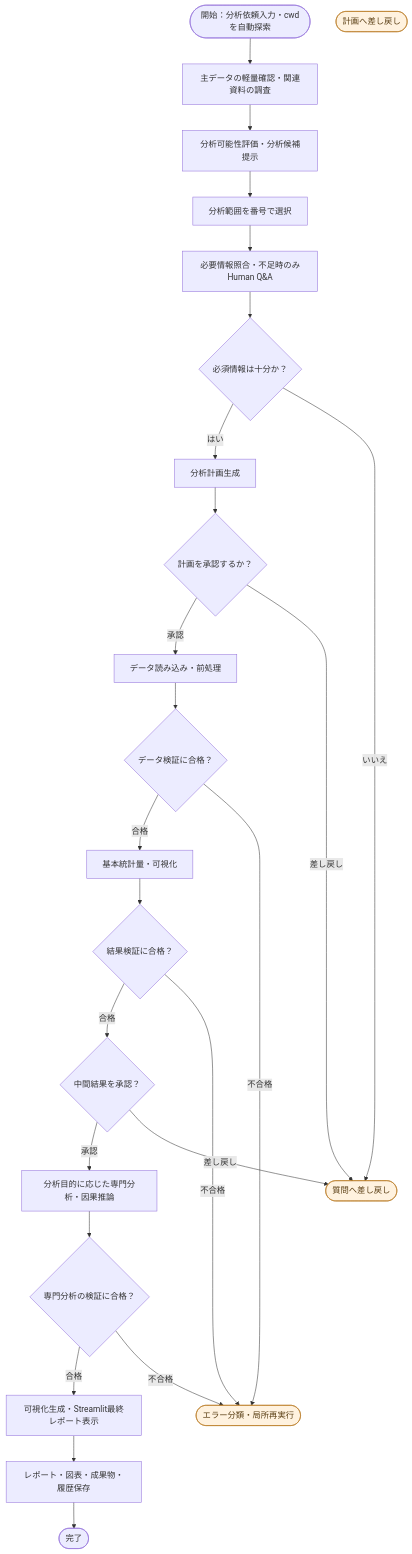
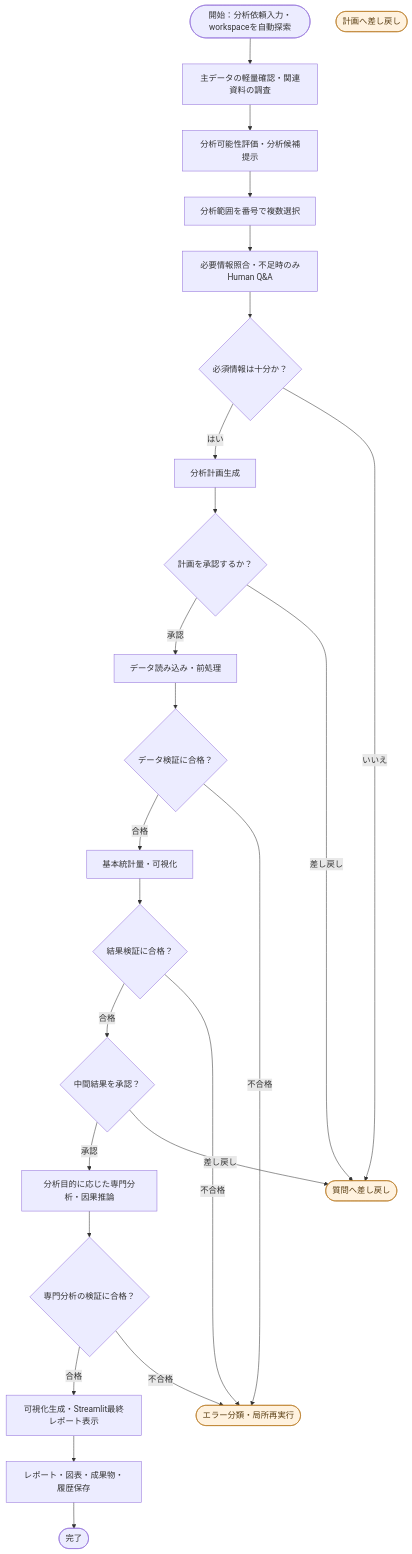
One commit to Tsuyo314/Adaptive_data_analysis_agent changed the first of 2 diagrams in REQUIREMENTS.md. Above: the diagram before and after it, drawn with Mermaid. The commit also changed other lines of this file and 28 other files, not shown here.

````diff
--- a/REQUIREMENTS.md
+++ b/REQUIREMENTS.md
@@ -68,46 +68,46 @@
 ```mermaid
 flowchart TB
-    A([開始：分析依頼入力・cwdを自動探索])
+    A([開始：分析依頼入力・workspaceを自動探索])
     B[主データの軽量確認・関連資料の調査]
     B1[分析可能性評価・分析候補提示]
-    B2[分析範囲を番号で選択]
+    B2[分析範囲を番号で複数選択]
     C[必要情報照合・不足時のみHuman Q&A]
     D{必須情報は十分か？}
     E[分析計画生成]
     F{計画を承認するか？}
     G[データ読み込み・前処理]
     H{データ検証に合格？}
     I[基本統計量・可視化]
     J{結果検証に合格？}
     K{中間結果を承認？}
     L[分析目的に応じた専門分析・因果推論]
     M{専門分析の検証に合格？}
     N[可視化生成・Streamlit最終レポート表示]
     O[レポート・図表・成果物・履歴保存]
     P([完了])
     X([質問へ差し戻し])
     Y([計画へ差し戻し])
     Z([エラー分類・局所再実行])
 
     A --> B --> B1 --> B2 --> C --> D
     D -->|はい| E
     D -->|いいえ| X
     E --> F
     F -->|承認| G
     F -->|差し戻し| X
     G --> H
     H -->|合格| I
     H -->|不合格| Z
     I --> J
     J -->|合格| K
     J -->|不合格| Z
     K -->|承認| L
     K -->|差し戻し| X
     L --> M
     M -->|合格| N
     M -->|不合格| Z
     N --> O --> P
 
     classDef exception fill:#fff2df,stroke:#b7791f,color:#593d12
     class X,Y,Z exception
 ```
````
